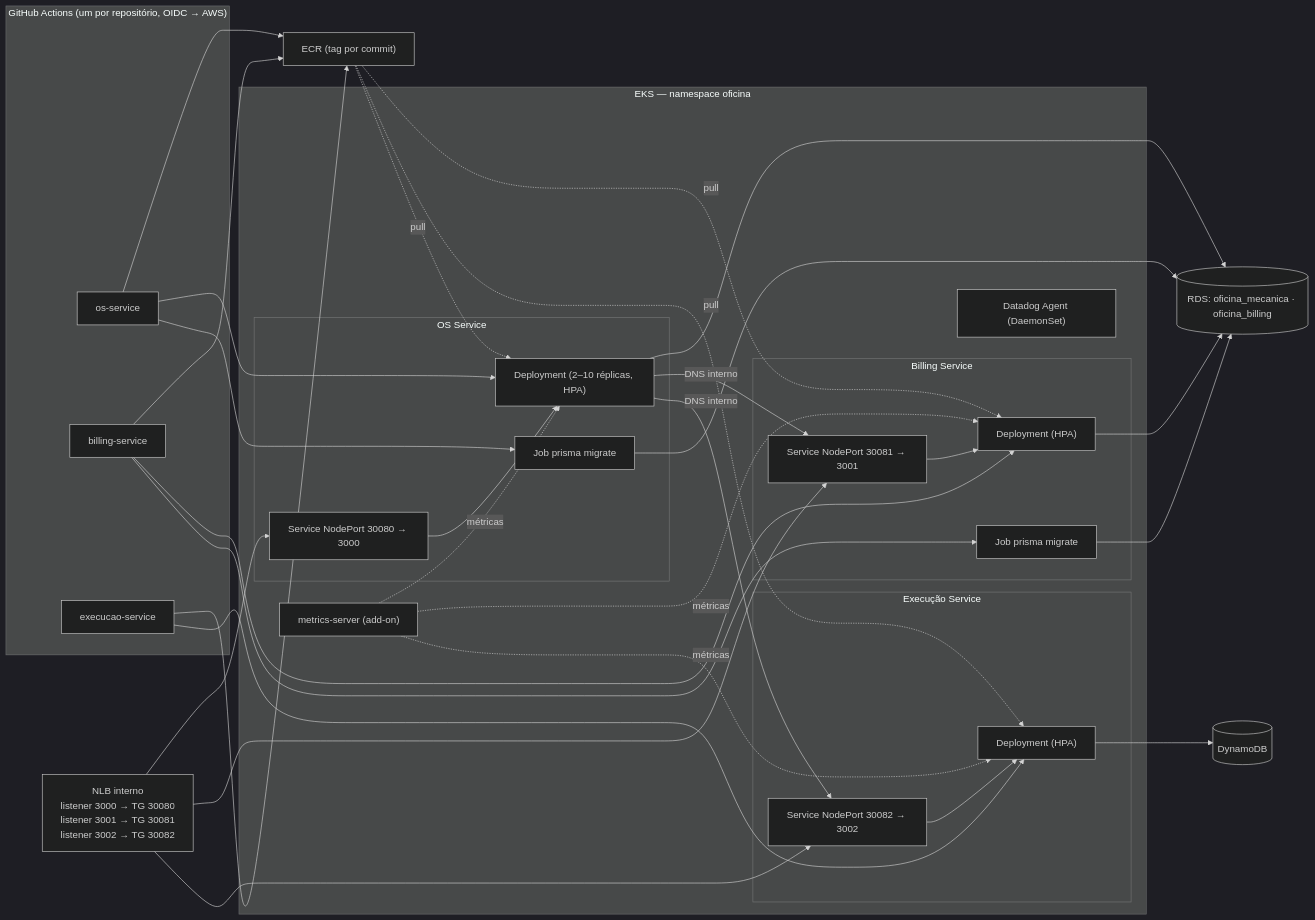
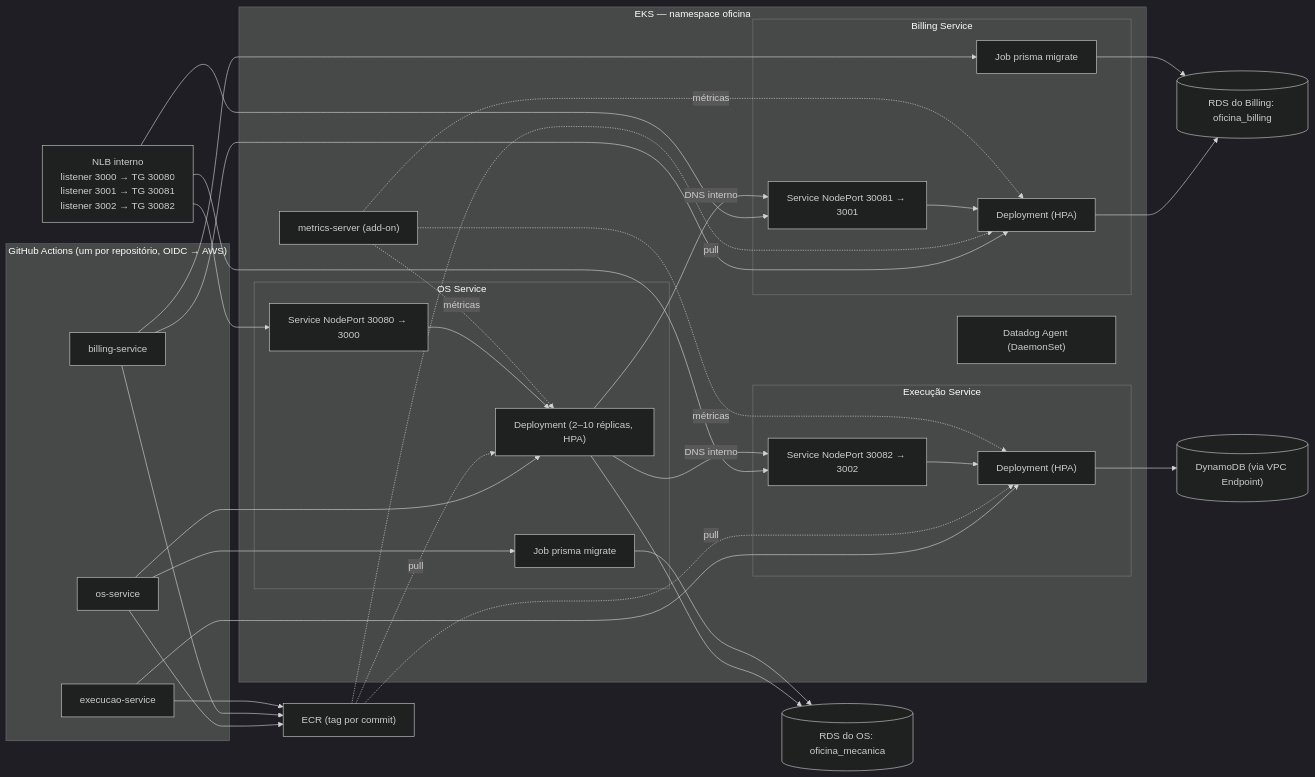
One commit to guilhermeqmaia/soat-fiap-oficina-os-service changed the eighth of 8 diagrams in docs/arquitetura/arquitetura-fase4.md. Above: the diagram before and after it, drawn with Mermaid (dark theme). The commit also changed other lines of this file and 3 other files, not shown here.

Commit message:
docs(fase4): diagramas com uma instancia RDS por servico e VPC endpoint do DynamoDB (ADR-0014)

````diff
--- a/docs/arquitetura/arquitetura-fase4.md
+++ b/docs/arquitetura/arquitetura-fase4.md
@@ -364,45 +373,47 @@
 ```mermaid
 flowchart LR
     subgraph CI["GitHub Actions (um por repositório, OIDC → AWS)"]
         CIOS["os-service"]
         CIBI["billing-service"]
         CIEX["execucao-service"]
     end
     ECR["ECR (tag por commit)"]
 
     subgraph EKS["EKS — namespace oficina"]
         subgraph OSD["OS Service"]
             DOS["Deployment (2–10 réplicas, HPA)"]
             SOS["Service NodePort 30080 → 3000"]
             JOS["Job prisma migrate"]
         end
         subgraph BID["Billing Service"]
             DBI["Deployment (HPA)"]
             SBI["Service NodePort 30081 → 3001"]
             JBI["Job prisma migrate"]
         end
         subgraph EXD["Execução Service"]
             DEX["Deployment (HPA)"]
             SEX["Service NodePort 30082 → 3002"]
         end
         DDA["Datadog Agent (DaemonSet)"]
         MS["metrics-server (add-on)"]
     end
 
     NLB["NLB interno<br/>listener 3000 → TG 30080<br/>listener 3001 → TG 30081<br/>listener 3002 → TG 30082"]
-    RDS[("RDS: oficina_mecanica · oficina_billing")]
-    DYN[("DynamoDB")]
+    RDSOS[("RDS do OS: oficina_mecanica")]
+    RDSBI[("RDS do Billing: oficina_billing")]
+    DYN[("DynamoDB (via VPC Endpoint)")]
 
     CIOS & CIBI & CIEX --> ECR
     CIOS --> DOS & JOS
     CIBI --> DBI & JBI
     CIEX --> DEX
     ECR -. pull .-> DOS & DBI & DEX
     NLB --> SOS --> DOS
     NLB --> SBI --> DBI
     NLB --> SEX --> DEX
-    DOS & JOS & DBI & JBI --> RDS
+    DOS & JOS --> RDSOS
+    DBI & JBI --> RDSBI
     DEX --> DYN
     DOS -- "DNS interno" --> SBI & SEX
     MS -. métricas .-> DOS & DBI & DEX
 ```
````
